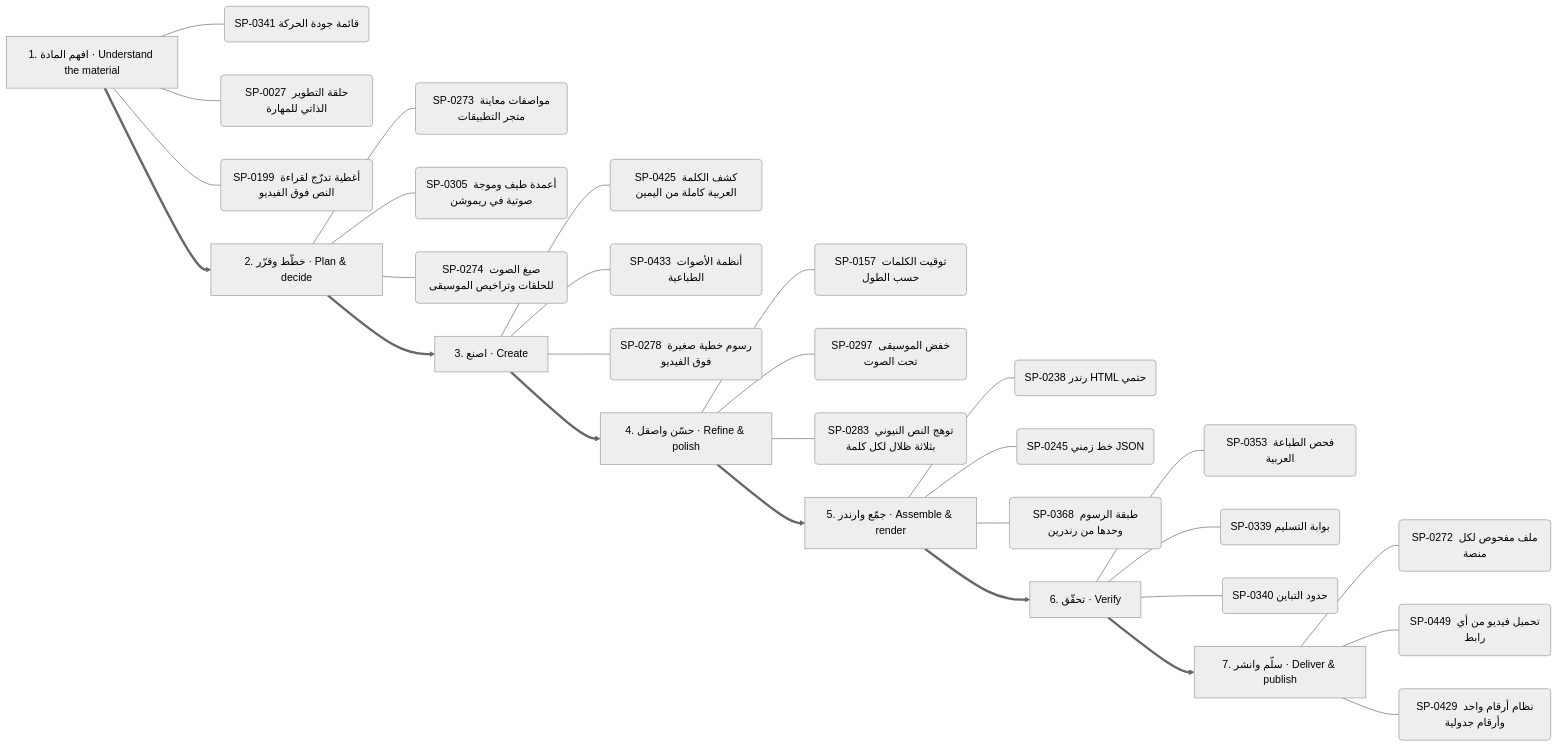
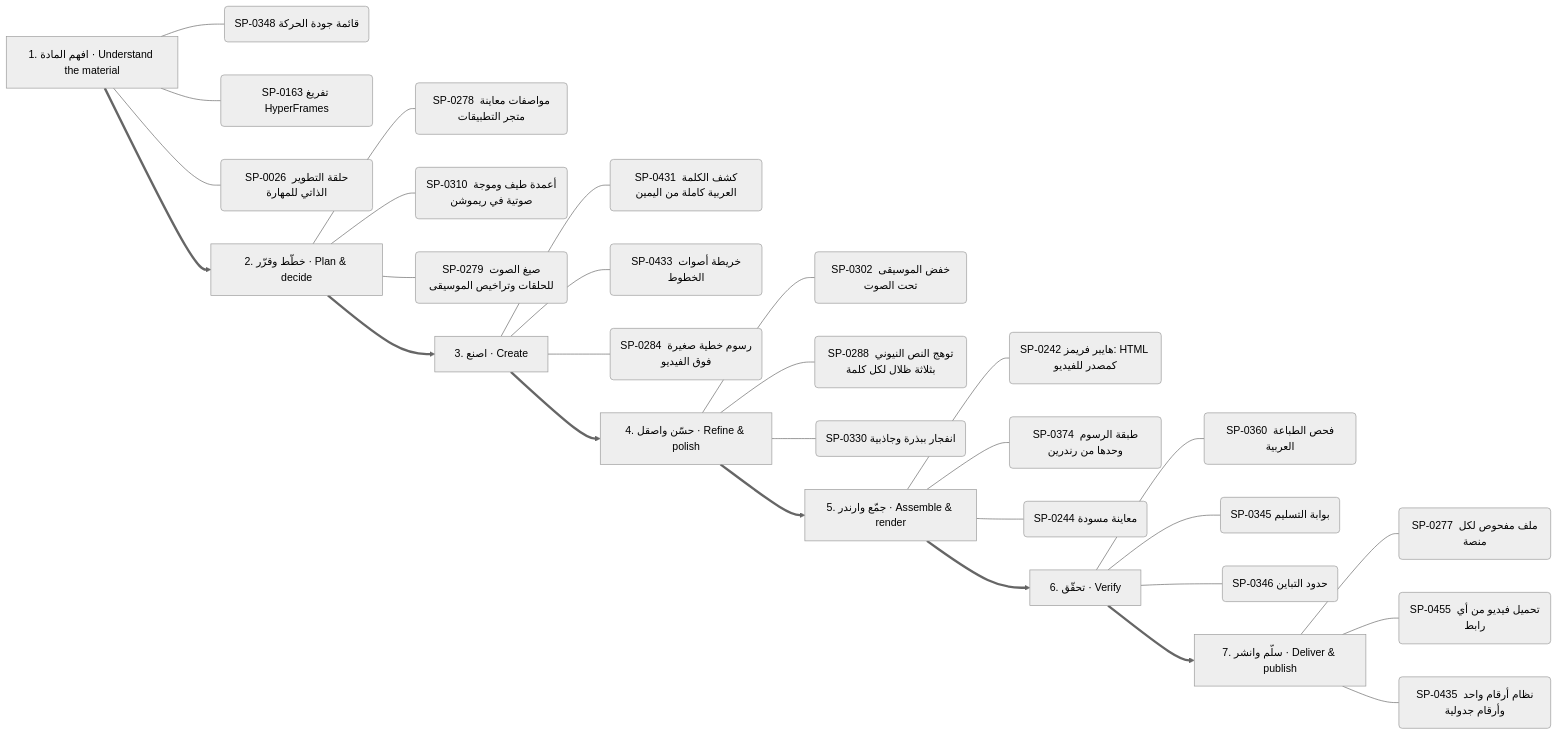
Before and after one commit to kosif199022-jpg/kosif-tool: the second of 13 diagrams in .claude/skills/kosif-superpowers/references/capability-mindmap.md, drawn with Mermaid (neutral theme). The commit also changed other lines of this file and 146 other files, not shown here.

````diff
--- a/.claude/skills/kosif-superpowers/references/capability-mindmap.md
+++ b/.claude/skills/kosif-superpowers/references/capability-mindmap.md
@@ -126,37 +126,37 @@
 ```mermaid
 flowchart LR
   S0["1. افهم المادة · Understand the material"]
-  S0 --- S0_0("SP-0341 قائمة جودة الحركة")
-  S0 --- S0_1("SP-0027 حلقة التطوير الذاتي للمهارة")
-  S0 --- S0_2("SP-0199 أغطية تدرّج لقراءة النص فوق الفيديو")
+  S0 --- S0_0("SP-0348 قائمة جودة الحركة")
+  S0 --- S0_1("SP-0163 تفريغ HyperFrames")
+  S0 --- S0_2("SP-0026 حلقة التطوير الذاتي للمهارة")
   S1["2. خطّط وقرّر · Plan & decide"]
-  S1 --- S1_0("SP-0273 مواصفات معاينة متجر التطبيقات")
-  S1 --- S1_1("SP-0305 أعمدة طيف وموجة صوتية في ريموشن")
-  S1 --- S1_2("SP-0274 صيغ الصوت للحلقات وتراخيص الموسيقى")
+  S1 --- S1_0("SP-0278 مواصفات معاينة متجر التطبيقات")
+  S1 --- S1_1("SP-0310 أعمدة طيف وموجة صوتية في ريموشن")
+  S1 --- S1_2("SP-0279 صيغ الصوت للحلقات وتراخيص الموسيقى")
   S0 ==> S1
   S2["3. اصنع · Create"]
-  S2 --- S2_0("SP-0425 كشف الكلمة العربية كاملة من اليمين")
-  S2 --- S2_1("SP-0433 أنظمة الأصوات الطباعية")
-  S2 --- S2_2("SP-0278 رسوم خطية صغيرة فوق الفيديو")
+  S2 --- S2_0("SP-0431 كشف الكلمة العربية كاملة من اليمين")
+  S2 --- S2_1("SP-0433 خريطة أصوات الخطوط")
+  S2 --- S2_2("SP-0284 رسوم خطية صغيرة فوق الفيديو")
   S1 ==> S2
   S3["4. حسّن واصقل · Refine & polish"]
-  S3 --- S3_0("SP-0157 توقيت الكلمات حسب الطول")
-  S3 --- S3_1("SP-0297 خفض الموسيقى تحت الصوت")
-  S3 --- S3_2("SP-0283 توهج النص النيوني بثلاثة ظلال لكل كلمة")
+  S3 --- S3_0("SP-0302 خفض الموسيقى تحت الصوت")
+  S3 --- S3_1("SP-0288 توهج النص النيوني بثلاثة ظلال لكل كلمة")
+  S3 --- S3_2("SP-0330 انفجار ببذرة وجاذبية")
   S2 ==> S3
   S4["5. جمّع وارندر · Assemble & render"]
-  S4 --- S4_0("SP-0238 رندر HTML حتمي")
-  S4 --- S4_1("SP-0245 خط زمني JSON")
-  S4 --- S4_2("SP-0368 طبقة الرسوم وحدها من رندرين")
+  S4 --- S4_0("SP-0242 هايبر فريمز: HTML كمصدر للفيديو")
+  S4 --- S4_1("SP-0374 طبقة الرسوم وحدها من رندرين")
+  S4 --- S4_2("SP-0244 معاينة مسودة")
   S3 ==> S4
   S5["6. تحقّق · Verify"]
-  S5 --- S5_0("SP-0353 فحص الطباعة العربية")
-  S5 --- S5_1("SP-0339 بوابة التسليم")
-  S5 --- S5_2("SP-0340 حدود التباين")
+  S5 --- S5_0("SP-0360 فحص الطباعة العربية")
+  S5 --- S5_1("SP-0345 بوابة التسليم")
+  S5 --- S5_2("SP-0346 حدود التباين")
   S4 ==> S5
   S6["7. سلّم وانشر · Deliver & publish"]
-  S6 --- S6_0("SP-0272 ملف مفحوص لكل منصة")
-  S6 --- S6_1("SP-0449 تحميل فيديو من أي رابط")
-  S6 --- S6_2("SP-0429 نظام أرقام واحد وأرقام جدولية")
+  S6 --- S6_0("SP-0277 ملف مفحوص لكل منصة")
+  S6 --- S6_1("SP-0455 تحميل فيديو من أي رابط")
+  S6 --- S6_2("SP-0435 نظام أرقام واحد وأرقام جدولية")
   S5 ==> S6
 ```
````
